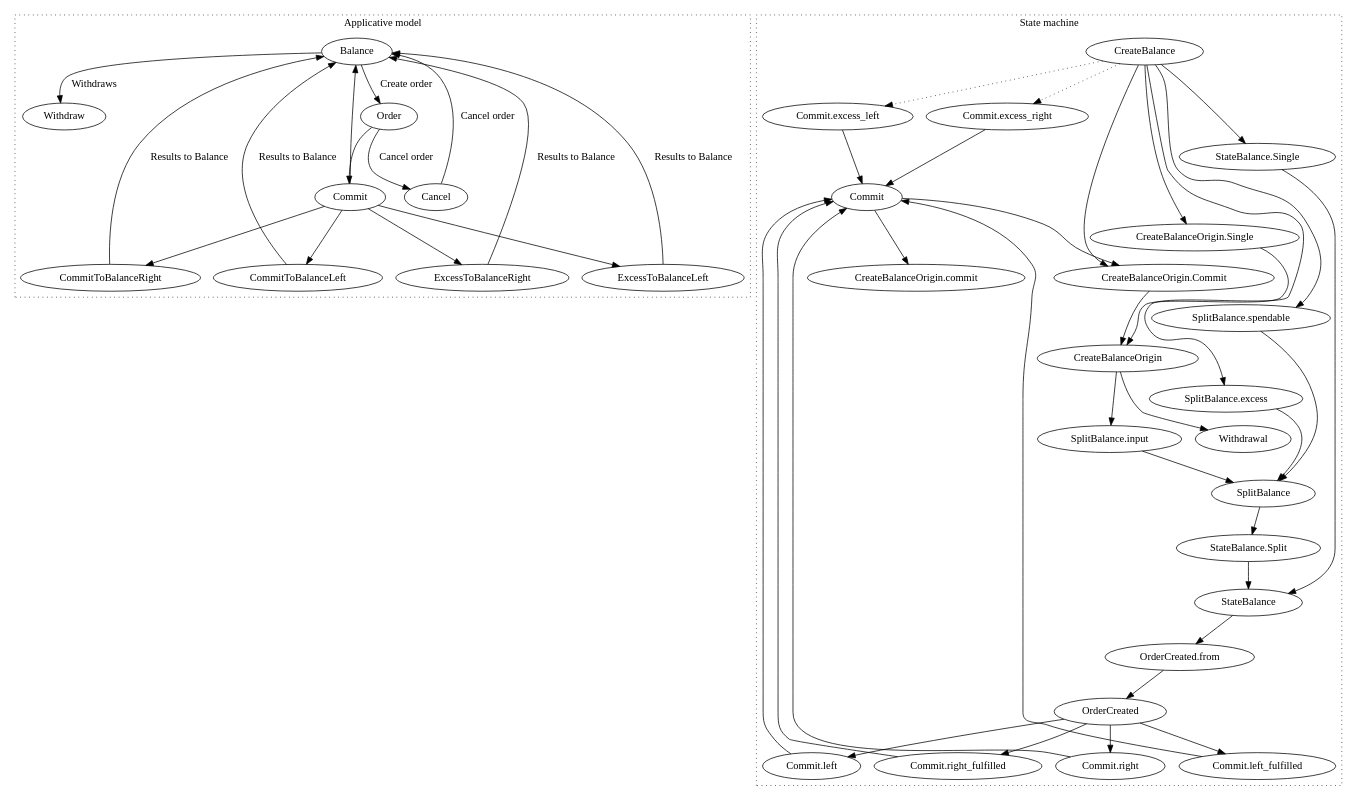
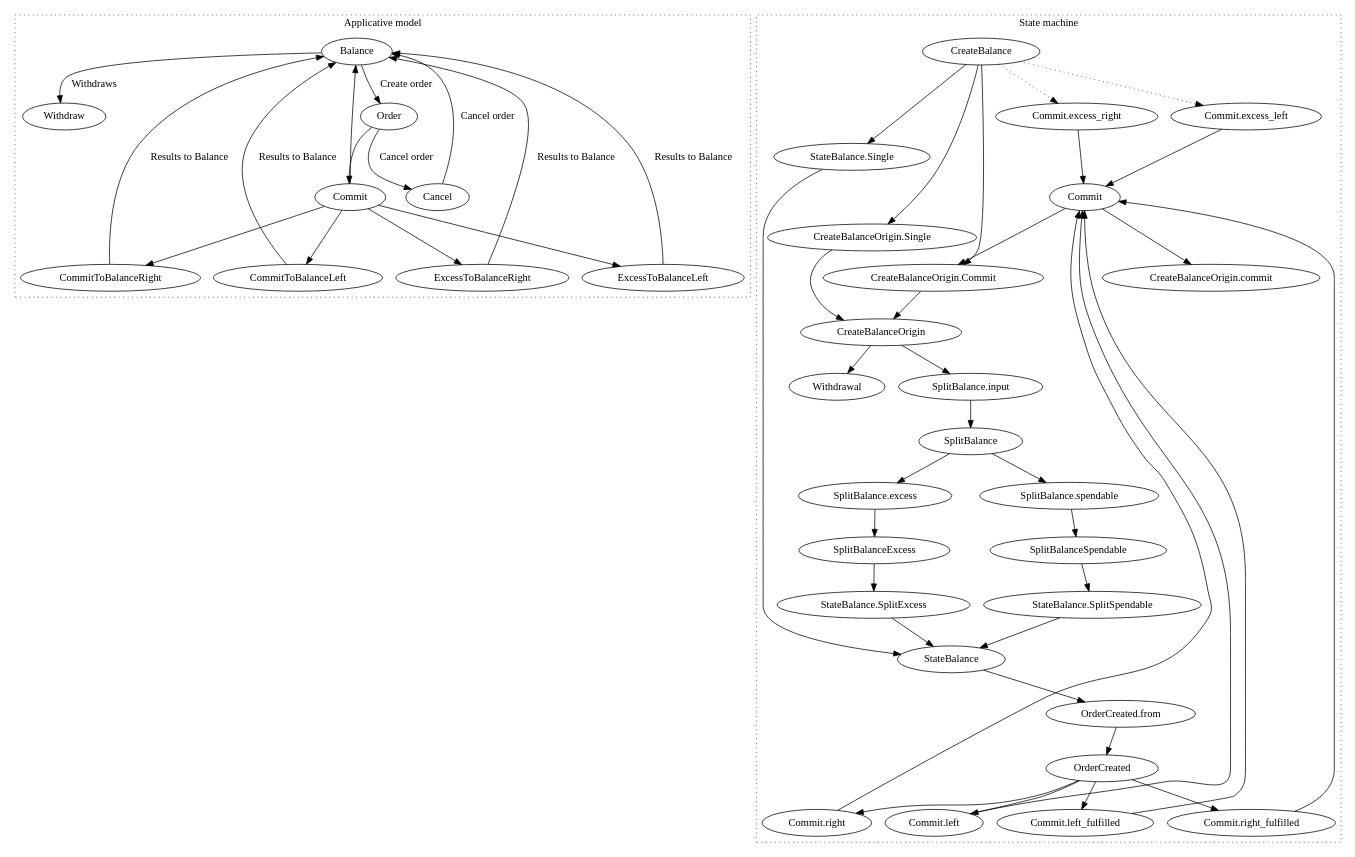
One commit to fluidity-money/passport.superposition.so changed the diagram in diagrams/applicative-and-state-machine.dot. Above: the diagram before and after it, drawn with Graphviz. The commit also changed 7 other files, not shown here.

Commit message:
Update diagram, continue explaining the balance and order interaction

```diff
--- a/diagrams/applicative-and-state-machine.dot
+++ b/diagrams/applicative-and-state-machine.dot
@@ -1,52 +1,54 @@
 digraph {
   rankdir=TD
   subgraph cluster_Applicative { label="Applicative model"; style=dotted
     Balance -> Withdraw [label="Withdraws"]
     Balance -> Order [label="Create order"]
     Order -> Cancel -> Balance [label="Cancel order"]
     Order -> Commit -> {
       {
         CommitToBalanceLeft
         CommitToBalanceRight
         ExcessToBalanceLeft
         ExcessToBalanceRight
       } -> Balance [label="Results to Balance"]
     }
   }
   subgraph cluster_StateMachine { label="State machine"; style=dotted
     "StateMachine.commit" [label="Commit"]
     "StateMachine.commit" -> "CreateBalanceOrigin.commit"
     CreateBalance -> {
       "CreateBalanceOrigin.Single"
       "CreateBalanceOrigin.Commit"
     } -> CreateBalanceOrigin -> "SplitBalance.input" -> SplitBalance
-    CreateBalance -> {
+    SplitBalance -> {
       "SplitBalance.spendable"
       "SplitBalance.excess"
     }
+    "SplitBalance.spendable" -> SplitBalanceSpendable -> "StateBalance.SplitSpendable"
+    "SplitBalance.excess" -> SplitBalanceExcess -> "StateBalance.SplitExcess"
     {
-      "SplitBalance.spendable"
-      "SplitBalance.excess"
-    } -> SplitBalance -> "StateBalance.Split" -> StateBalance
+      "StateBalance.SplitSpendable"
+      "StateBalance.SplitExcess"
+    } -> StateBalance
     CreateBalanceOrigin -> Withdrawal
     CreateBalance -> "StateBalance.Single" -> StateBalance -> "OrderCreated.from" -> OrderCreated -> {
       "Commit.left"
       "Commit.right"
       "Commit.left_fulfilled"
       "Commit.right_fulfilled"
     }
     CreateBalance -> {
       "Commit.excess_left"
       "Commit.excess_right"
     } [style=dotted]
     {
       "Commit.left"
       "Commit.right"
       "Commit.left_fulfilled"
       "Commit.right_fulfilled"
       "Commit.excess_left"
       "Commit.excess_right"
     } -> "StateMachine.commit"
     "StateMachine.commit" -> "CreateBalanceOrigin.Commit"
   }
 }
```
